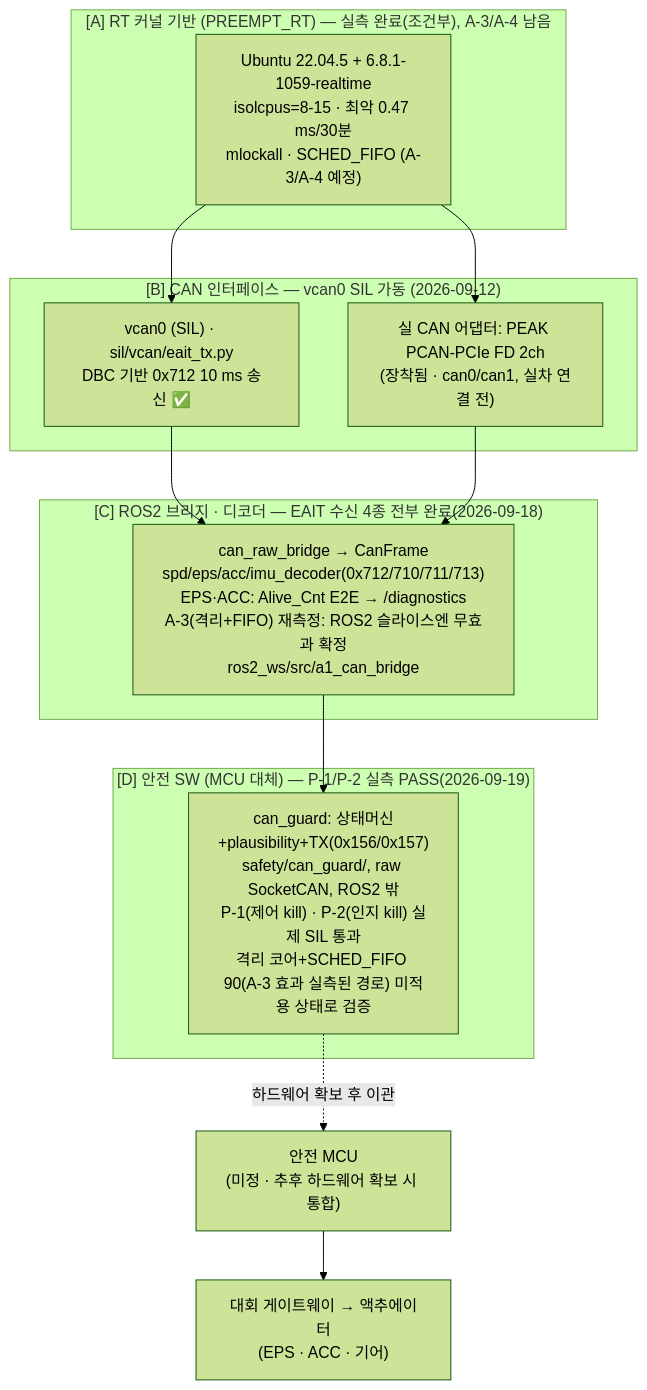
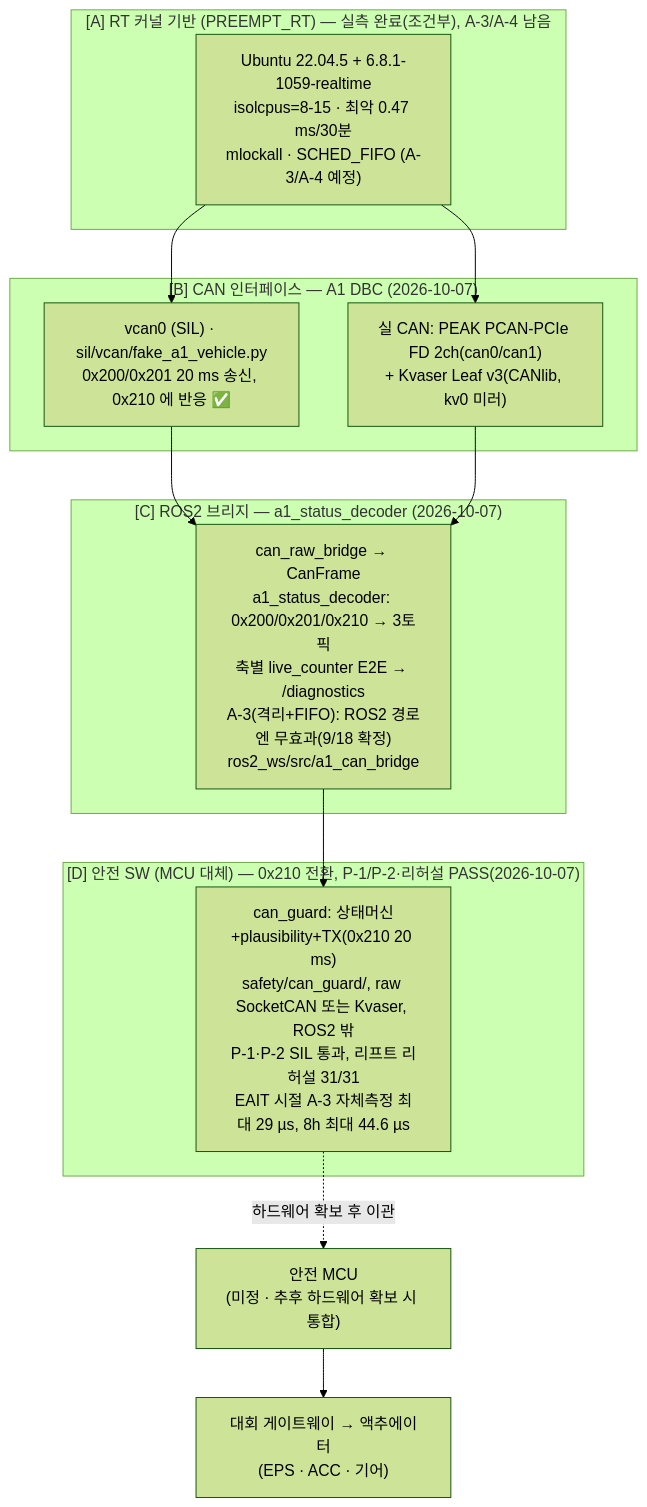
Before and after one commit to seungmin01-miru/A1-BSW: the first of 3 diagrams in can_stack_development.md, drawn with Mermaid (forest theme). The commit also changed other lines of this file and 52 other files, not shown here.

````diff
--- a/can_stack_development.md
+++ b/can_stack_development.md
@@ -21,26 +47,26 @@
 ```mermaid
 flowchart TB
   subgraph A["[A] RT 커널 기반 (PREEMPT_RT) — 실측 완료(조건부), A-3/A-4 남음"]
     K["Ubuntu 22.04.5 + 6.8.1-1059-realtime<br/>isolcpus=8-15 · 최악 0.47 ms/30분<br/>mlockall · SCHED_FIFO (A-3/A-4 예정)"]
   end
-  subgraph B["[B] CAN 인터페이스 — vcan0 SIL 가동 (2026-09-12)"]
-    VCAN["vcan0 (SIL) · sil/vcan/eait_tx.py<br/>DBC 기반 0x712 10 ms 송신 ✅"]
-    RCAN["실 CAN 어댑터: PEAK PCAN-PCIe FD 2ch<br/>(장착됨 · can0/can1, 실차 연결 전)"]
+  subgraph B["[B] CAN 인터페이스 — A1 DBC (2026-10-07)"]
+    VCAN["vcan0 (SIL) · sil/vcan/fake_a1_vehicle.py<br/>0x200/0x201 20 ms 송신, 0x210 에 반응 ✅"]
+    RCAN["실 CAN: PEAK PCAN-PCIe FD 2ch(can0/can1)<br/>+ Kvaser Leaf v3(CANlib, kv0 미러)"]
   end
-  subgraph C["[C] ROS2 브리지 · 디코더 — EAIT 수신 4종 전부 완료(2026-09-18)"]
-    DEC["can_raw_bridge → CanFrame<br/>spd/eps/acc/imu_decoder(0x712/710/711/713)<br/>EPS·ACC: Alive_Cnt E2E → /diagnostics<br/>A-3(격리+FIFO) 재측정: ROS2 슬라이스엔 무효과 확정<br/>ros2_ws/src/a1_can_bridge"]
+  subgraph C["[C] ROS2 브리지 — a1_status_decoder (2026-10-07)"]
+    DEC["can_raw_bridge → CanFrame<br/>a1_status_decoder: 0x200/0x201/0x210 → 3토픽<br/>축별 live_counter E2E → /diagnostics<br/>A-3(격리+FIFO): ROS2 경로엔 무효과(9/18 확정)<br/>ros2_ws/src/a1_can_bridge"]
   end
-  subgraph D["[D] 안전 SW (MCU 대체) — P-1/P-2 실측 PASS(2026-09-19)"]
-    WD["can_guard: 상태머신+plausibility+TX(0x156/0x157)<br/>safety/can_guard/, raw SocketCAN, ROS2 밖<br/>P-1(제어 kill) · P-2(인지 kill) 실제 SIL 통과<br/>격리 코어+SCHED_FIFO 90(A-3 효과 실측된 경로) 미적용 상태로 검증"]
+  subgraph D["[D] 안전 SW (MCU 대체) — 0x210 전환, P-1/P-2·리허설 PASS(2026-10-07)"]
+    WD["can_guard: 상태머신+plausibility+TX(0x210 20 ms)<br/>safety/can_guard/, raw SocketCAN 또는 Kvaser, ROS2 밖<br/>P-1·P-2 SIL 통과, 리프트 리허설 31/31<br/>EAIT 시절 A-3 자체측정 최대 29 µs, 8h 최대 44.6 µs"]
   end
   MCU["안전 MCU<br/>(미정 · 추후 하드웨어 확보 시 통합)"]
   GW["대회 게이트웨이 → 액추에이터<br/>(EPS · ACC · 기어)"]
 
   K --> VCAN
   K --> RCAN
   VCAN --> DEC
   RCAN --> DEC
   DEC --> WD
   WD -.하드웨어 확보 후 이관.-> MCU
   MCU --> GW
 ```
````
